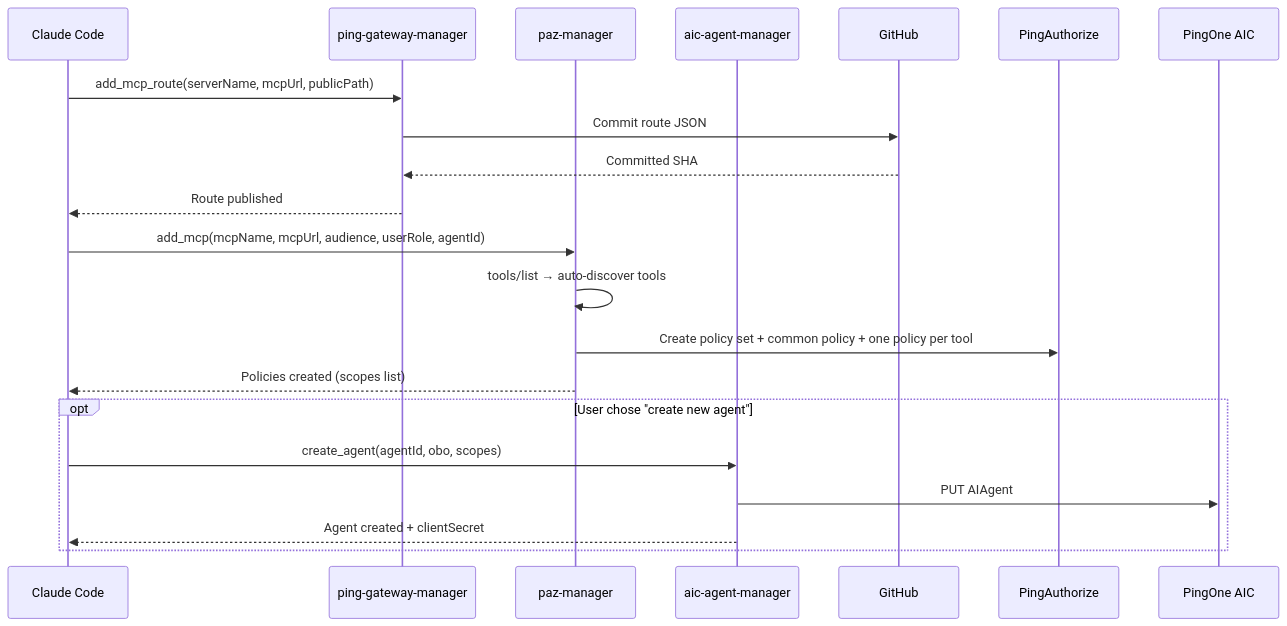
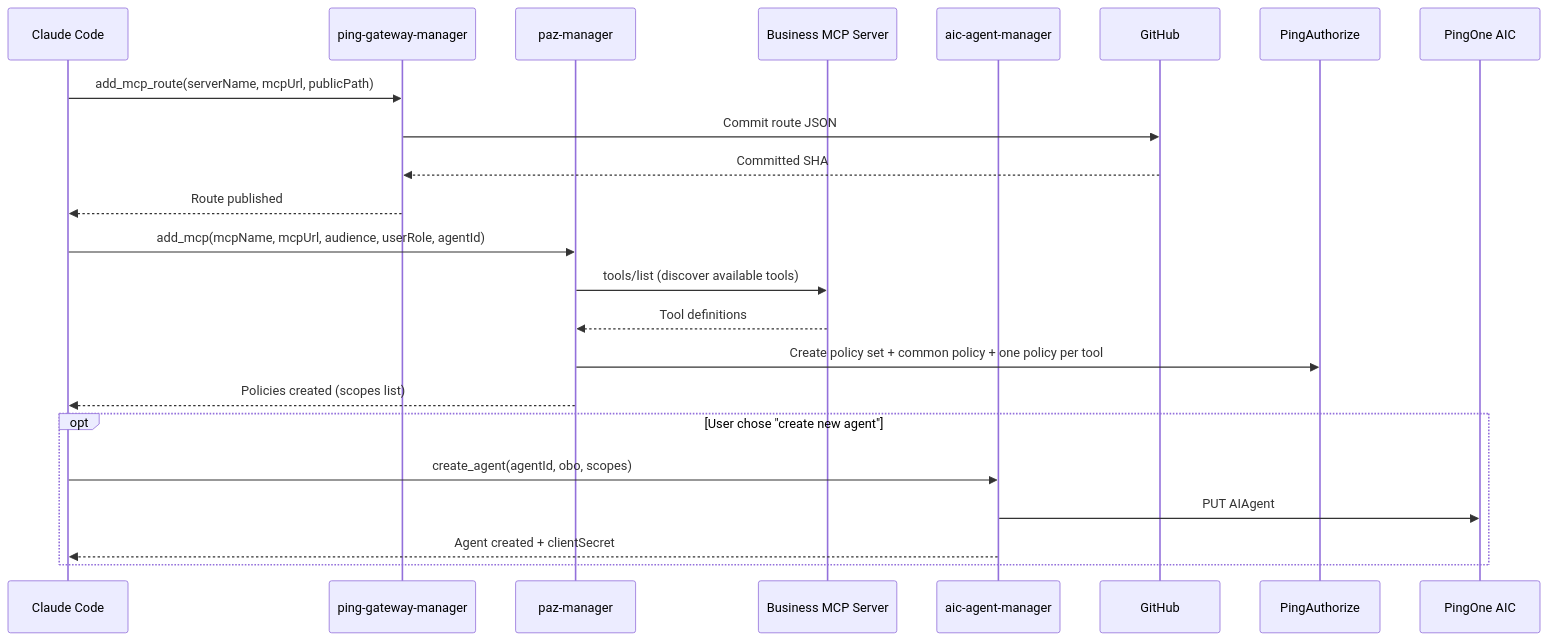
Before and after one commit to carbonefederico/id4ai-control-plane: the third of 4 diagrams in README.md, drawn with Mermaid. The commit also changed other lines of this file, not shown here.

Commit message:
Add Business MCP Server to architecture and sequence diagrams

````diff
--- a/README.md
+++ b/README.md
@@ -114,26 +117,28 @@
 ```mermaid
 sequenceDiagram
     participant Claude as Claude Code
     participant PGM as ping-gateway-manager
     participant PAZM as paz-manager
+    participant BizMCP as Business MCP Server
     participant AICM as aic-agent-manager
     participant GH as GitHub
     participant PAZ as PingAuthorize
     participant AIC as PingOne AIC
 
     Claude->>PGM: add_mcp_route(serverName, mcpUrl, publicPath)
     PGM->>GH: Commit route JSON
     GH-->>PGM: Committed SHA
     PGM-->>Claude: Route published
 
     Claude->>PAZM: add_mcp(mcpName, mcpUrl, audience, userRole, agentId)
-    PAZM->>PAZM: tools/list → auto-discover tools
+    PAZM->>BizMCP: tools/list (discover available tools)
+    BizMCP-->>PAZM: Tool definitions
     PAZM->>PAZ: Create policy set + common policy + one policy per tool
     PAZM-->>Claude: Policies created (scopes list)
 
     opt User chose "create new agent"
         Claude->>AICM: create_agent(agentId, obo, scopes)
         AICM->>AIC: PUT AIAgent
         AICM-->>Claude: Agent created + clientSecret
     end
 ```
````
